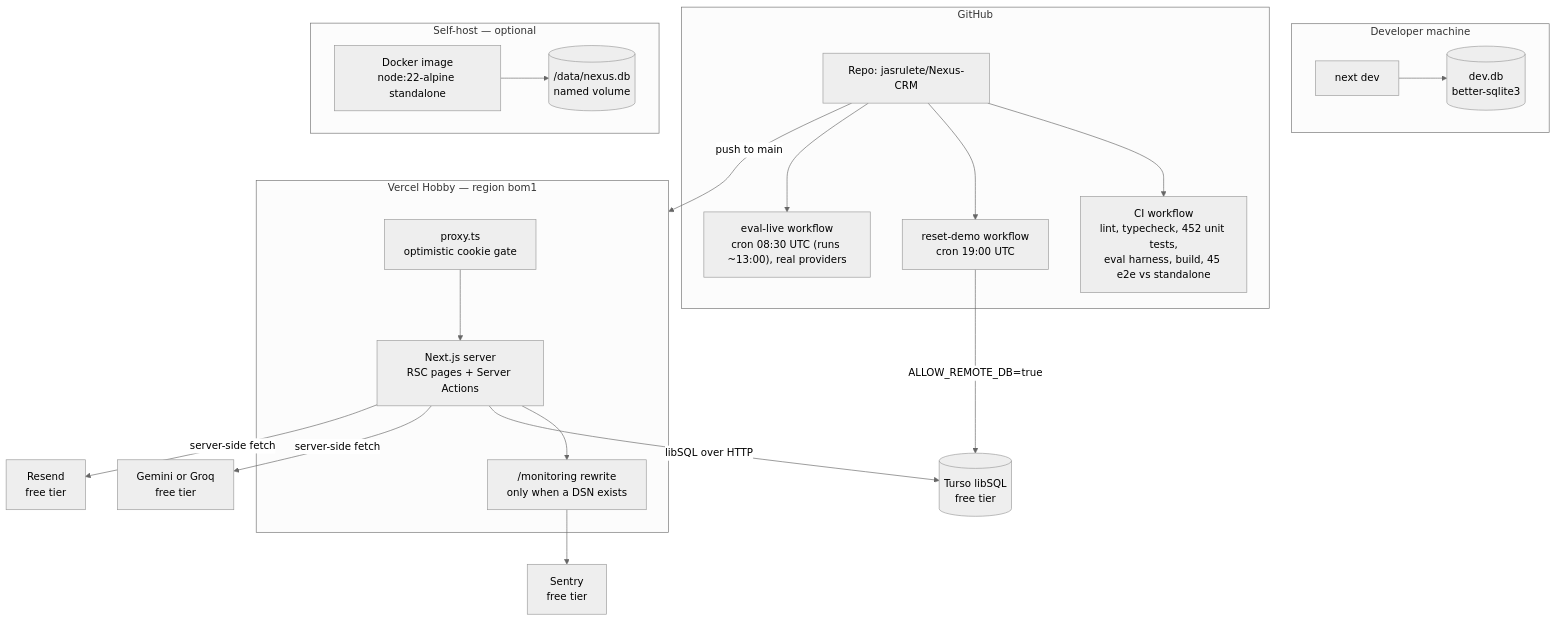
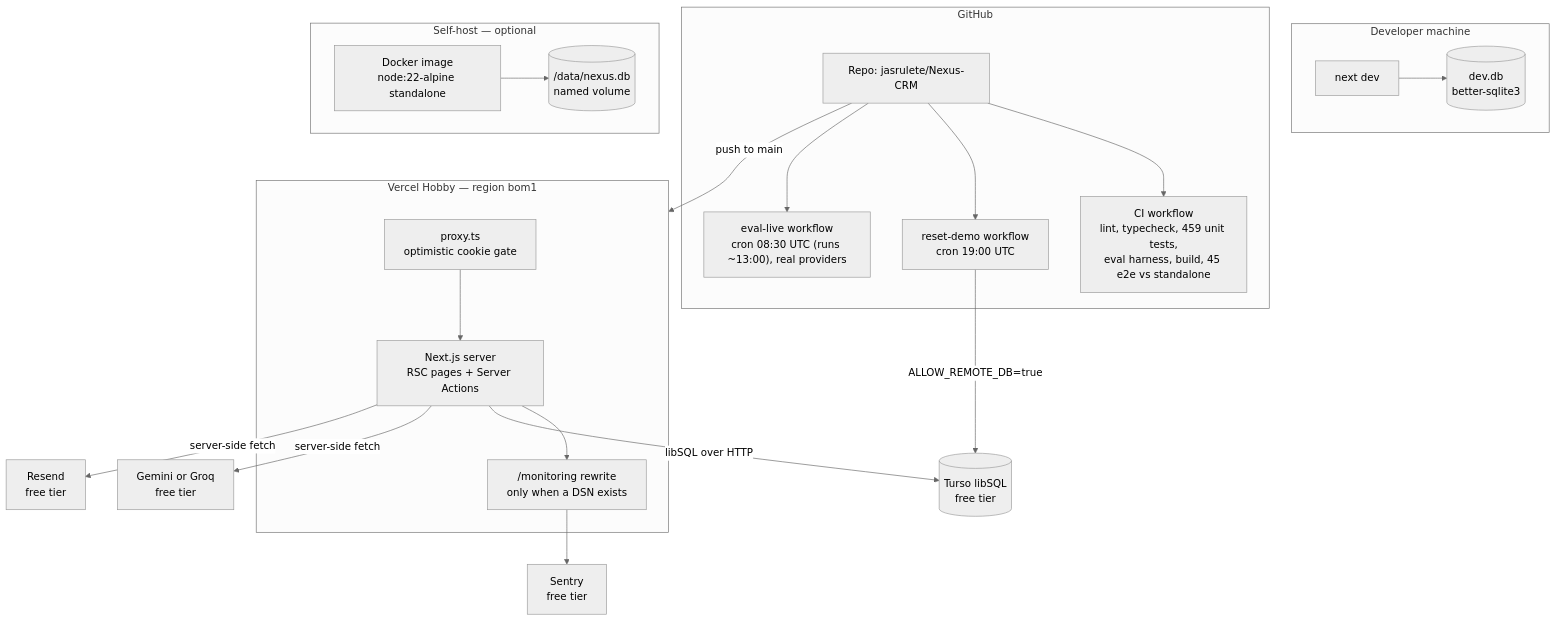
One commit to jasrulete/Nexus-CRM changed the first of 2 diagrams in docs/TECHNICAL-DESIGN.md. Above: the diagram before and after it, drawn with Mermaid (neutral theme). The commit also changed other lines of this file and 6 other files, not shown here.

````diff
--- a/docs/TECHNICAL-DESIGN.md
+++ b/docs/TECHNICAL-DESIGN.md
@@ -82,44 +82,44 @@
 ```mermaid
 flowchart TB
     subgraph dev["Developer machine"]
         NEXTDEV["next dev"]
         FILE[("dev.db<br/>better-sqlite3")]
         NEXTDEV --> FILE
     end
 
     subgraph gh["GitHub"]
         REPO["Repo: jasrulete/Nexus-CRM"]
-        CI["CI workflow<br/>lint, typecheck, 452 unit tests,<br/>eval harness, build, 45 e2e vs standalone"]
+        CI["CI workflow<br/>lint, typecheck, 459 unit tests,<br/>eval harness, build, 45 e2e vs standalone"]
         RESET["reset-demo workflow<br/>cron 19:00 UTC"]
         EVAL["eval-live workflow<br/>cron 08:30 UTC (runs ~13:00), real providers"]
         REPO --> CI
         REPO --> RESET
         REPO --> EVAL
     end
 
     subgraph vercel["Vercel Hobby — region bom1"]
         PROXY["proxy.ts<br/>optimistic cookie gate"]
         APP["Next.js server<br/>RSC pages + Server Actions"]
         TUNNEL["/monitoring rewrite<br/>only when a DSN exists"]
         PROXY --> APP
         APP --> TUNNEL
     end
 
     subgraph selfhost["Self-host — optional"]
         DOCKER["Docker image<br/>node:22-alpine standalone"]
         VOL[("/data/nexus.db<br/>named volume")]
         DOCKER --> VOL
     end
 
     TURSO[("Turso libSQL<br/>free tier")]
     AI["Gemini or Groq<br/>free tier"]
     RESEND["Resend<br/>free tier"]
     SENTRY["Sentry<br/>free tier"]
 
     REPO -- "push to main" --> vercel
     APP -- "libSQL over HTTP" --> TURSO
     RESET -- "ALLOW_REMOTE_DB=true" --> TURSO
     APP -- "server-side fetch" --> AI
     APP -- "server-side fetch" --> RESEND
     TUNNEL --> SENTRY
 ```
````
